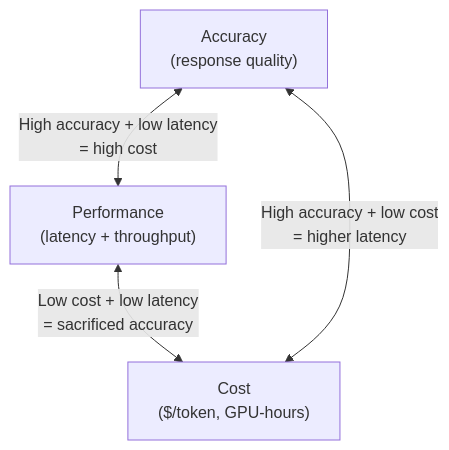
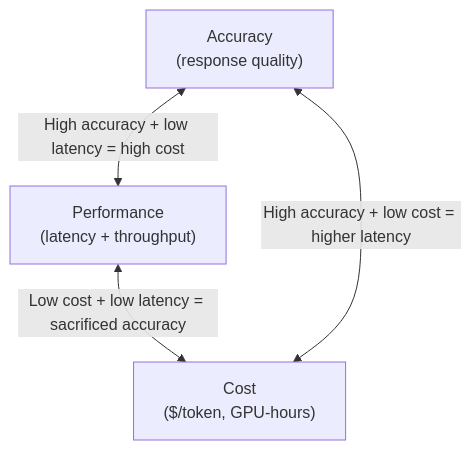
One commit to vatsalthakkar3/vatsalthakkar3.github.io changed the second of 4 diagrams in src/posts/llm-benchmarking-evaluation.mdx. Above: the diagram before and after it, drawn with Mermaid. The commit also changed other lines of this file and 3 other files, not shown here.

First line of the commit message:
Fix Mermaid dark mode and diagram syntax errors

````diff
--- a/src/posts/llm-benchmarking-evaluation.mdx
+++ b/src/posts/llm-benchmarking-evaluation.mdx
@@ -38,10 +38,10 @@
 ```mermaid
 graph TD
     ACC["Accuracy\n(response quality)"]
     PERF["Performance\n(latency + throughput)"]
     COST["Cost\n($/token, GPU-hours)"]
 
-    ACC <-->|"High accuracy + low latency\n= high cost"| PERF
-    PERF <-->|"Low cost + low latency\n= sacrificed accuracy"| COST
-    ACC <-->|"High accuracy + low cost\n= higher latency"| COST
+    ACC <-->|"High accuracy + low latency = high cost"| PERF
+    PERF <-->|"Low cost + low latency = sacrificed accuracy"| COST
+    ACC <-->|"High accuracy + low cost = higher latency"| COST
 ```
````
